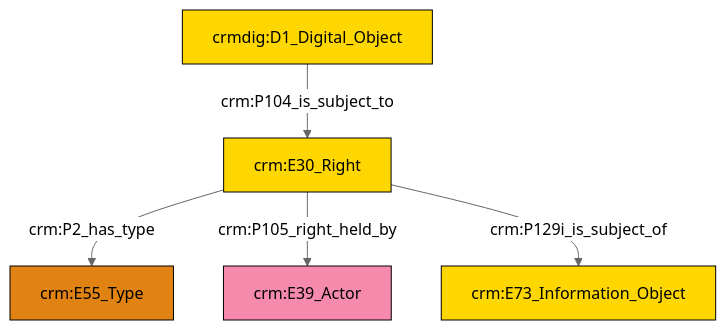
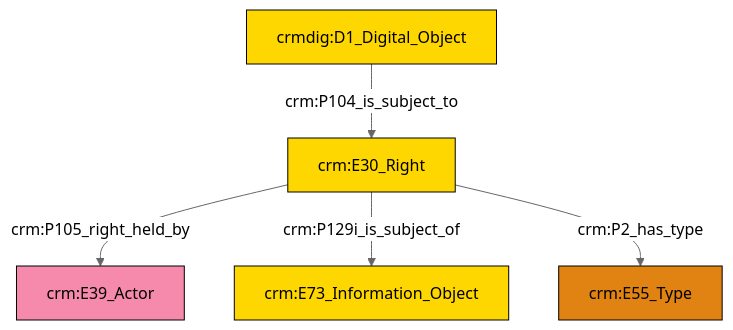
The diagram in et/doCSV/ttl/mmd/do_rights.ttl.mmd (swiss-art-research-net/docs.swissartresearch), drawn with Mermaid (neutral theme) before and after one commit. The commit also changed 176 other files, not shown here.

```diff
--- a/et/doCSV/ttl/mmd/do_rights.ttl.mmd
+++ b/et/doCSV/ttl/mmd/do_rights.ttl.mmd
@@ -1,19 +1,19 @@
 graph TD
 classDef Literal fill:#f2f2f2,stroke:#000000;
 classDef CRM_Entity fill:#FFFFFF,stroke:#000000;
 classDef Temporal_Entity fill:#00C9E6, stroke:#000000;
 classDef Type fill:#E18312, stroke:#000000;
 classDef Time-Span fill:#2C9C91, stroke:#000000;
 classDef Appellation fill:#FFEB7F, stroke:#000000;
 classDef Place fill:#008836, stroke:#000000;
 classDef Persistent_Item fill:#B266B2, stroke:#000000;
 classDef Conceptual_Object fill:#FFD700, stroke:#000000;
 classDef Physical_Thing fill:#D2B48C, stroke:#000000;
 classDef Actor fill:#f58aad, stroke:#000000;
 classDef PC_Classes fill:#4ce600, stroke:#000000;
 classDef Multi fill:#cccccc,stroke:#000000;
 
-0["crmdig:D1_Digital_Object"]:::Conceptual_Object -->|crm:P104_is_subject_to| 2["crm:E30_Right"]:::Conceptual_Object
-2["crm:E30_Right"]:::Conceptual_Object -->|crm:P2_has_type| 3["crm:E55_Type"]:::Type
-2["crm:E30_Right"]:::Conceptual_Object -->|crm:P105_right_held_by| 6["crm:E39_Actor"]:::Actor
-2["crm:E30_Right"]:::Conceptual_Object -->|crm:P129i_is_subject_of| 8["crm:E73_Information_Object"]:::Conceptual_Object
+0["crmdig:D1_Digital_Object"]:::Conceptual_Object -->|crm:P104_is_subject_to| 1["crm:E30_Right"]:::Conceptual_Object
+1["crm:E30_Right"]:::Conceptual_Object -->|crm:P105_right_held_by| 5["crm:E39_Actor"]:::Actor
+1["crm:E30_Right"]:::Conceptual_Object -->|crm:P129i_is_subject_of| 8["crm:E73_Information_Object"]:::Conceptual_Object
+1["crm:E30_Right"]:::Conceptual_Object -->|crm:P2_has_type| 2["crm:E55_Type"]:::Type
```
